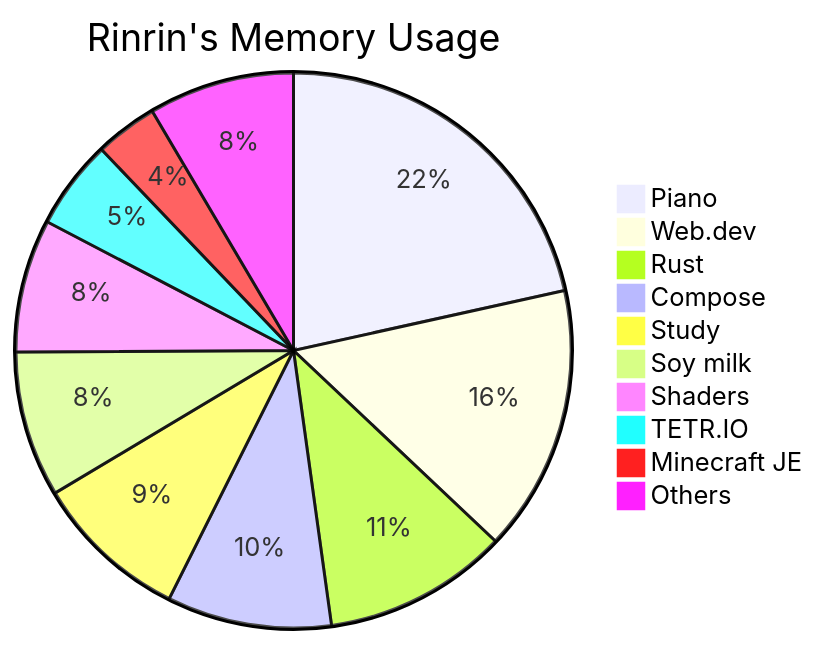
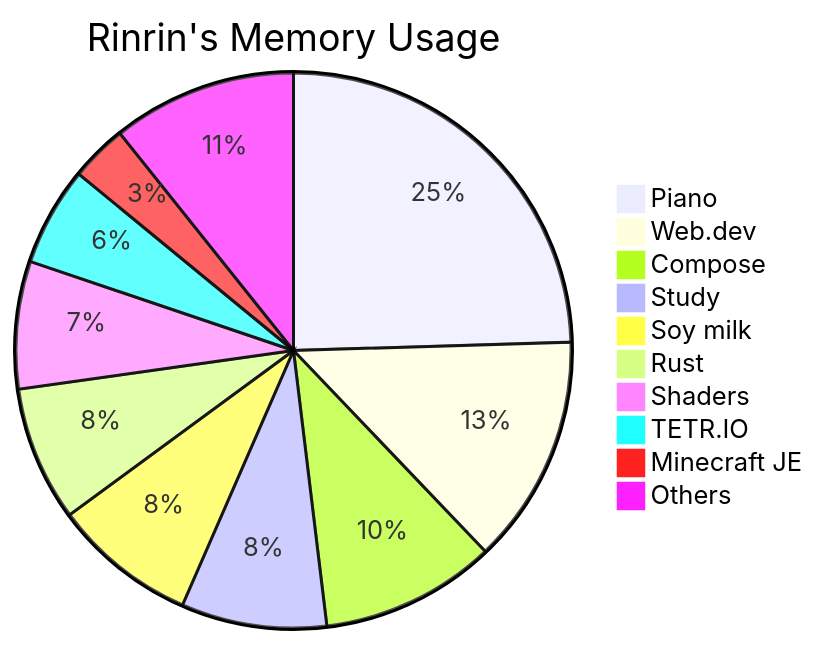
Before and after one commit to Rinrin0413/Rinrin0413: the diagram in README.md, drawn with Mermaid.

Commit message:
🛠 Update: Rinrin's Memory Usage

````diff
--- a/README.md
+++ b/README.md
@@ -76,13 +76,13 @@
 ```mermaid
 pie title Rinrin's Memory Usage
-    "Piano": 236
-    "Web.dev": 170
-    "Rust": 118
-    "Compose": 105
-    "Study": 99
-    "Soy milk": 93
+    "Piano": 281
+    "Web.dev": 153
+    "Compose": 117
+    "Study": 97
+    "Soy milk": 96
+    "Rust": 90
     "Shaders": 85
-    "TETR.IO": 57
-    "Minecraft JE": 40
-    "Others": 93
+    "TETR.IO": 66
+    "Minecraft JE": 38
+    "Others": 123
 ```
````
